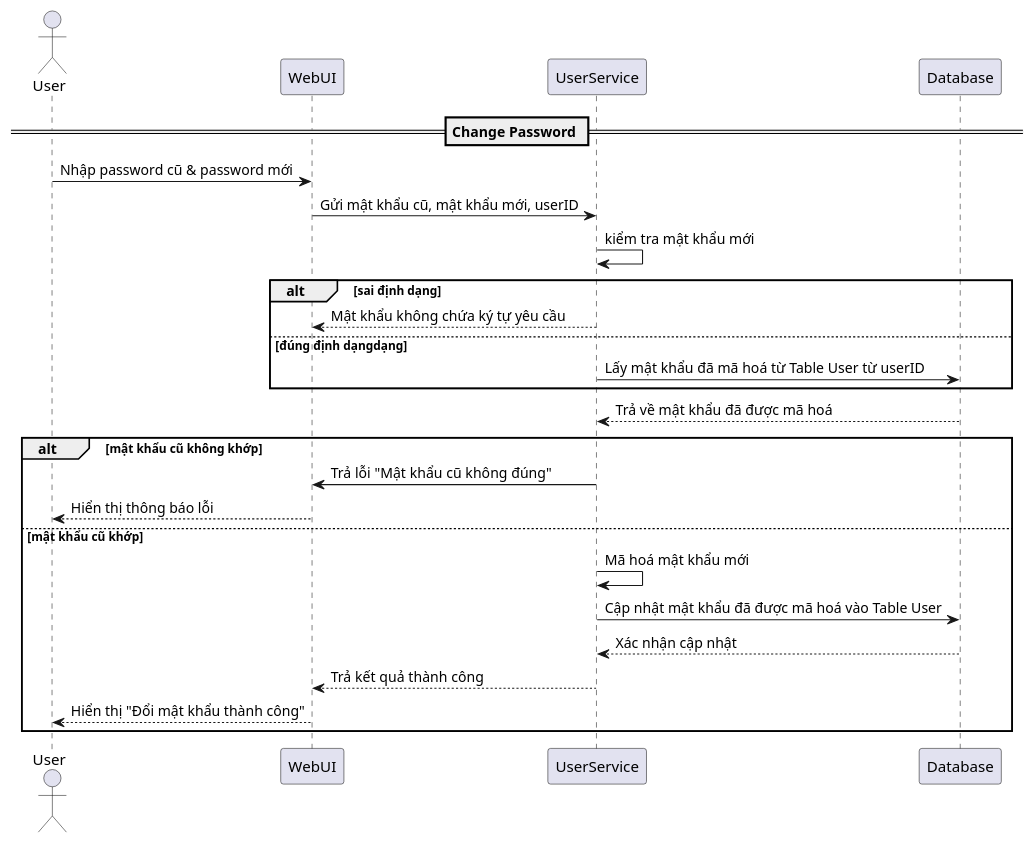
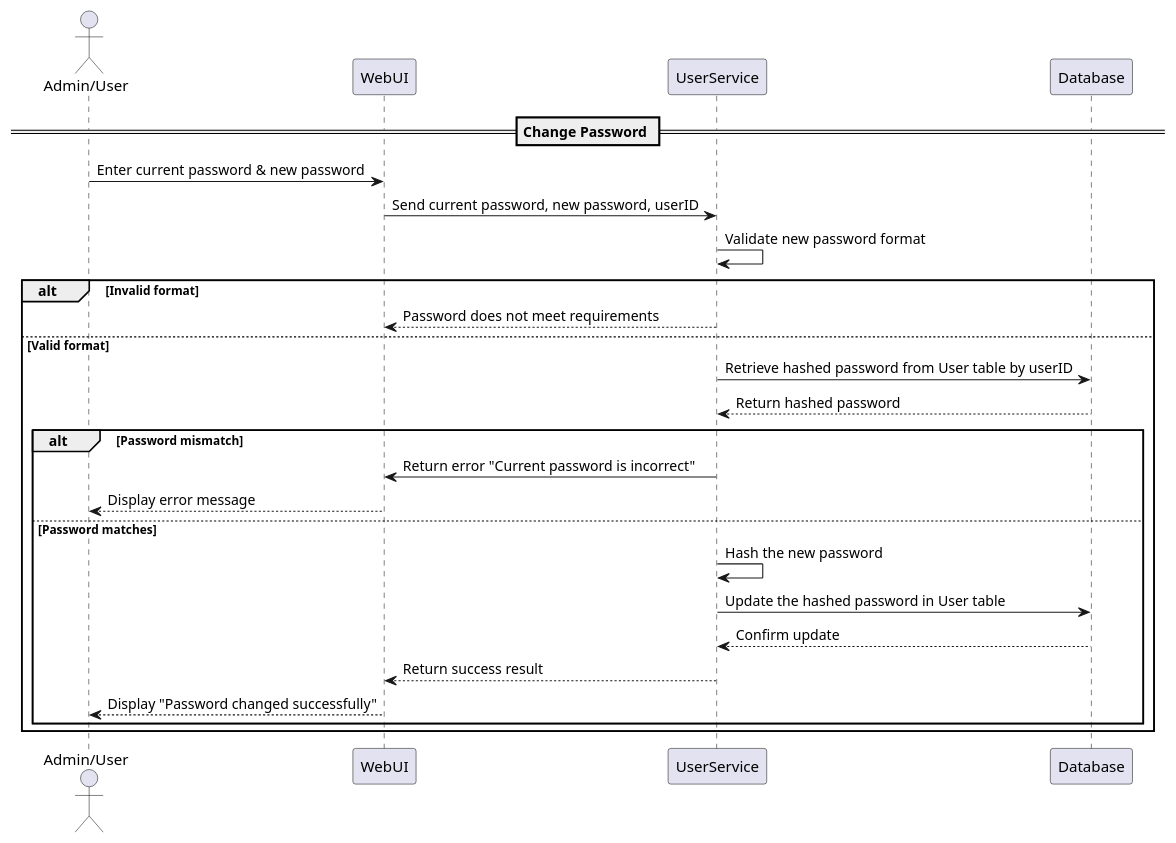
Before and after one commit to twicelike/project-newjeans: the diagram in diagram/ChangePassword_Sequence.md, drawn with PlantUML. The commit also changed 6 other files, not shown here.

````diff
--- a/diagram/ChangePassword_Sequence.md
+++ b/diagram/ChangePassword_Sequence.md
@@ -1,29 +1,31 @@
 ```uml
 @startuml
-actor User
+actor "Admin/User" as Actor
 participant WebUI
 participant UserService
 participant Database
 
 == Change Password ==
-User -> WebUI            : Nhập password cũ & password mới
-WebUI -> UserService     : Gửi mật khẩu cũ, mật khẩu mới, userID
-UserService -> UserService: kiểm tra mật khẩu mới
-alt sai định dạng 
-UserService --> WebUI: Mật khẩu không chứa ký tự yêu cầu
-else đúng định dạngdạng
-UserService -> Database  : Lấy mật khẩu đã mã hoá từ Table User từ userID
-end
-Database --> UserService : Trả về mật khẩu đã được mã hoá
-alt mật khẩu cũ không khớp
-    UserService -> WebUI : Trả lỗi "Mật khẩu cũ không đúng"
-    WebUI --> User       : Hiển thị thông báo lỗi
-else mật khẩu cũ khớp
-    UserService -> UserService : Mã hoá mật khẩu mới
-    UserService -> Database     : Cập nhật mật khẩu đã được mã hoá vào Table User
-    Database --> UserService    : Xác nhận cập nhật
-    UserService --> WebUI       : Trả kết quả thành công
-    WebUI --> User              : Hiển thị "Đổi mật khẩu thành công"
+Actor -> WebUI            : Enter current password & new password
+WebUI -> UserService      : Send current password, new password, userID
+UserService -> UserService: Validate new password format
+
+alt Invalid format
+    UserService --> WebUI: Password does not meet requirements
+else Valid format
+    UserService -> Database  : Retrieve hashed password from User table by userID
+    Database --> UserService : Return hashed password
+
+    alt Password mismatch
+        UserService -> WebUI : Return error "Current password is incorrect"
+        WebUI --> Actor       : Display error message
+    else Password matches
+        UserService -> UserService : Hash the new password
+        UserService -> Database     : Update the hashed password in User table
+        Database --> UserService    : Confirm update
+        UserService --> WebUI       : Return success result
+        WebUI --> Actor             : Display "Password changed successfully"
+    end
 end
 @enduml
 ```
````
